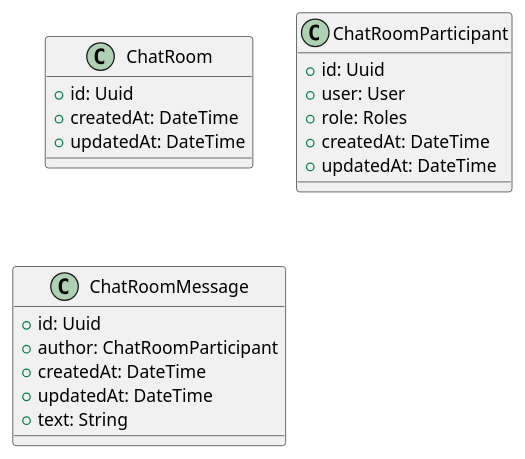
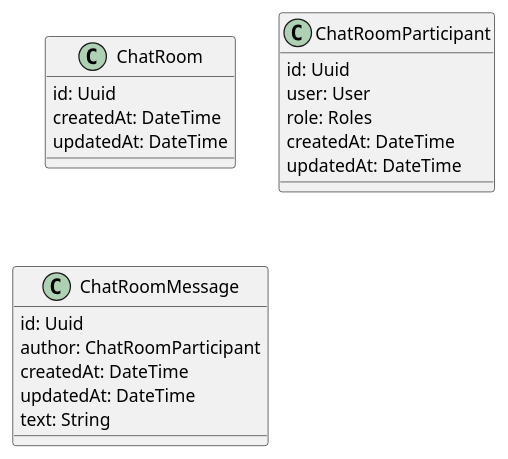
The third of 3 diagrams in ytt/README.md (kodesmil/kodesmil-plant), drawn with PlantUML before and after one commit. The commit also changed other lines of this file, not shown here.

````diff
--- a/ytt/README.md
+++ b/ytt/README.md
@@ -107,27 +107,27 @@
 ```plantuml:ytt-chat-classes
 @startuml
 
 class ChatRoom {
-  + id: Uuid
-  + createdAt: DateTime
-  + updatedAt: DateTime
+  id: Uuid
+  createdAt: DateTime
+  updatedAt: DateTime
 }
 
 class ChatRoomParticipant {
-  + id: Uuid
-  + user: User
-  + role: Roles
-  + createdAt: DateTime
-  + updatedAt: DateTime
+  id: Uuid
+  user: User
+  role: Roles
+  createdAt: DateTime
+  updatedAt: DateTime
 }
 
 class ChatRoomMessage {
-  + id: Uuid
-  + author: ChatRoomParticipant
-  + createdAt: DateTime
-  + updatedAt: DateTime
-  + text: String
+  id: Uuid
+  author: ChatRoomParticipant
+  createdAt: DateTime
+  updatedAt: DateTime
+  text: String
 }
 
 @enduml
 ```
````
